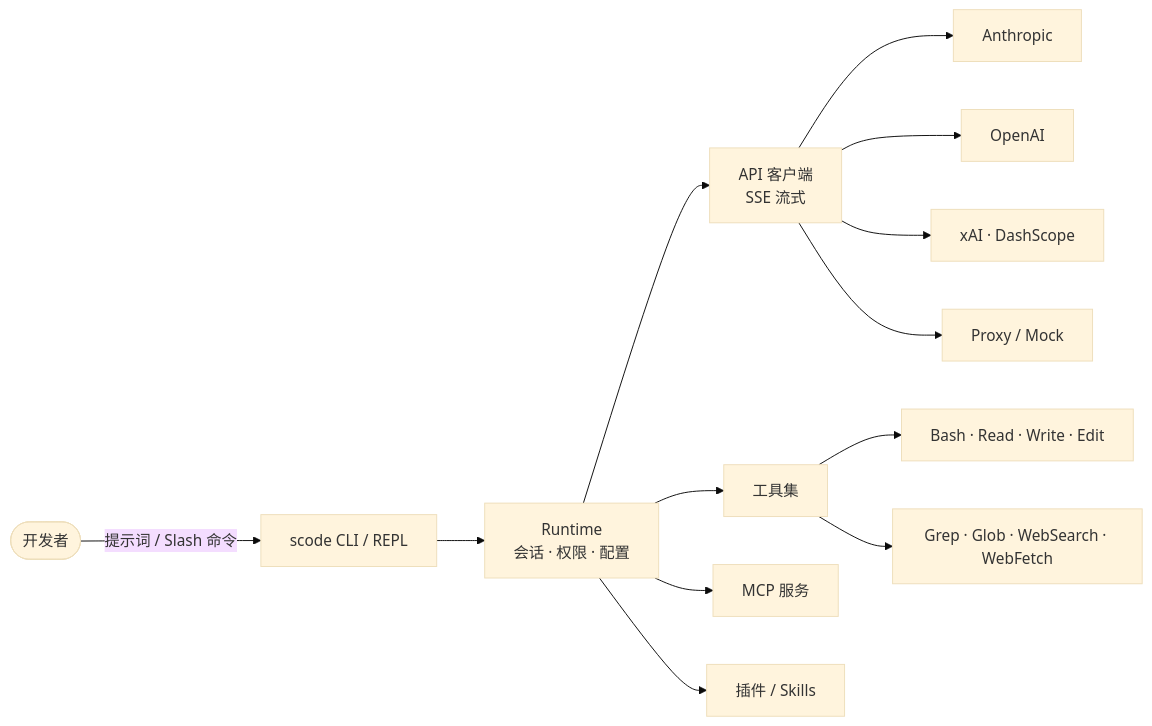
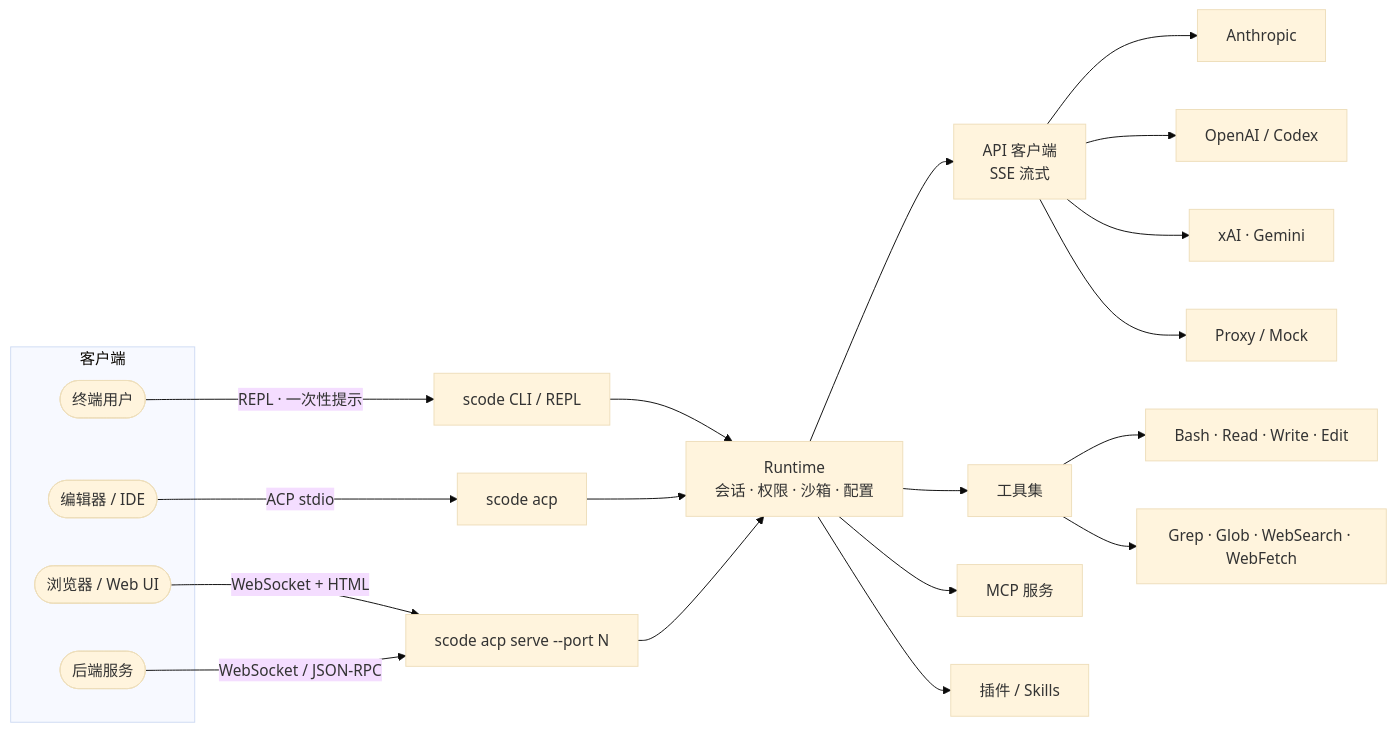
Before and after one commit to sudoprivacy/sudocode: the diagram in README_zh.md, drawn with Mermaid (base theme). The commit also changed other lines of this file and 2 other files, not shown here.

Commit message:
docs: replace README hero with scode logo

````diff
--- a/README_zh.md
+++ b/README_zh.md
@@ -38,15 +40,31 @@
 ```mermaid
 flowchart LR
-    Dev([开发者]) -->|提示词 / Slash 命令| CLI[scode CLI / REPL]
-    CLI --> RT[Runtime<br/>会话 · 权限 · 配置]
-    RT --> API[API 客户端<br/>SSE 流式]
+    subgraph 客户端
+      Term([终端用户])
+      Editor([编辑器 / IDE])
+      Browser([浏览器 / Web UI])
+      Service([后端服务])
+    end
+
+    Term -->|REPL · 一次性提示| CLI
+    Editor -->|ACP stdio| STDIO[scode acp]
+    Browser -->|WebSocket + HTML| WS[scode acp serve --port N]
+    Service -->|WebSocket / JSON-RPC| WS
+
+    CLI[scode CLI / REPL] --> RT
+    STDIO --> RT
+    WS --> RT
+
+    RT[Runtime<br/>会话 · 权限 · 沙箱 · 配置] --> API[API 客户端<br/>SSE 流式]
     RT --> TOOLS[工具集]
     RT --> MCP[MCP 服务]
     RT --> PLUG[插件 / Skills]
+
     TOOLS --> T1[Bash · Read · Write · Edit]
     TOOLS --> T2[Grep · Glob · WebSearch · WebFetch]
+
     API --> P1[Anthropic]
-    API --> P2[OpenAI]
-    API --> P3[xAI · DashScope]
+    API --> P2[OpenAI / Codex]
+    API --> P3[xAI · Gemini]
     API --> P4[Proxy / Mock]
 ```
````
